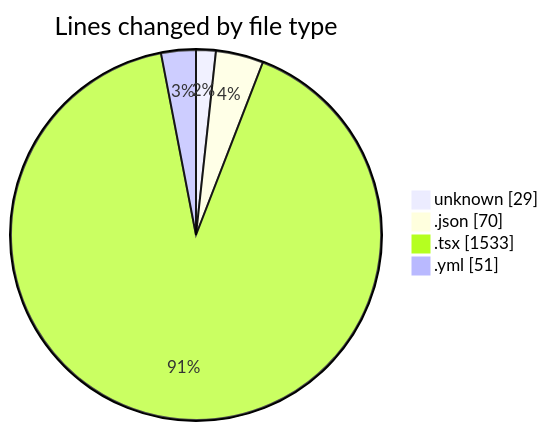
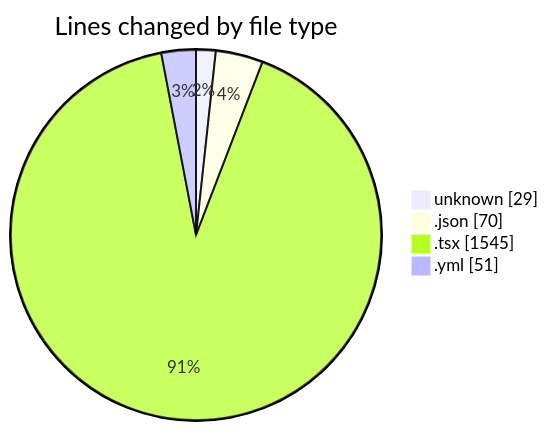
One commit to robertbonfada/code-tracking changed the first of 2 diagrams in 2025-01-14/mbc-web/README.md. Above: the diagram before and after it, drawn with Mermaid. The commit also changed other lines of this file and 1 other file, not shown here.

````diff
--- a/2025-01-14/mbc-web/README.md
+++ b/2025-01-14/mbc-web/README.md
@@ -36,8 +36,8 @@
 ```mermaid
 pie showData
 title Lines changed by file type
 "unknown" : 29
 ".json" : 70
-".tsx" : 1533
+".tsx" : 1545
 ".yml" : 51
 ```
````
